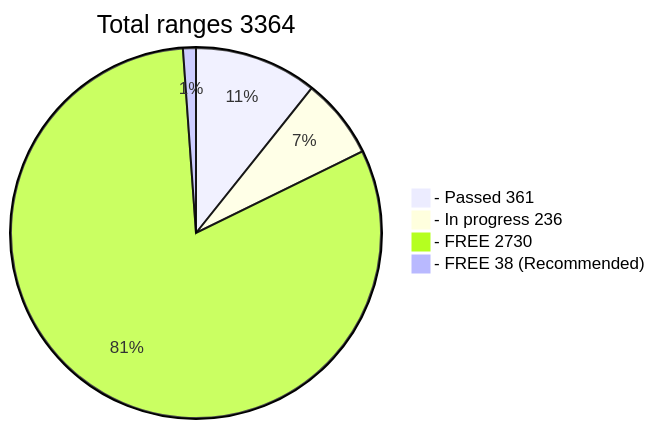
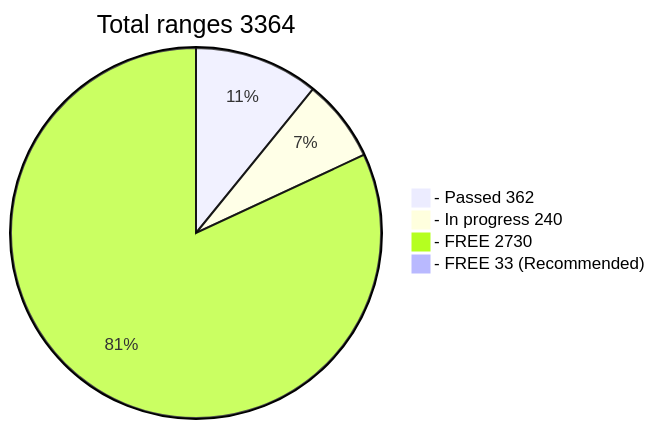
The diagram in README.md (phrutis/wif500), drawn with Mermaid before and after one commit.

````diff
--- a/README.md
+++ b/README.md
@@ -16,7 +16,7 @@
 ```mermaid
 pie title Total ranges 3364
-  "- Passed 361" : 361
-  "- In progress 236" : 236
+  "- Passed 362" : 362
+  "- In progress 240" : 240
   "- FREE 2730" : 2730
-  "- FREE 38 (Recommended)" : 38
+  "- FREE 33 (Recommended)" : 33
 ```
````
